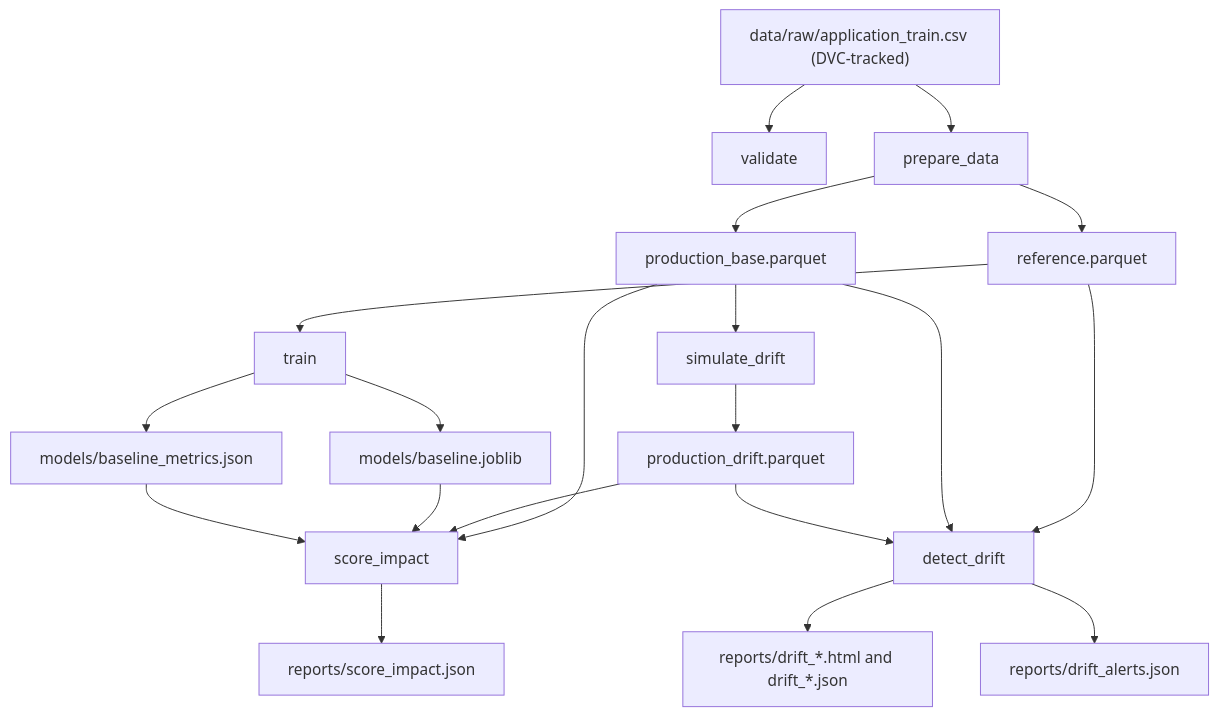
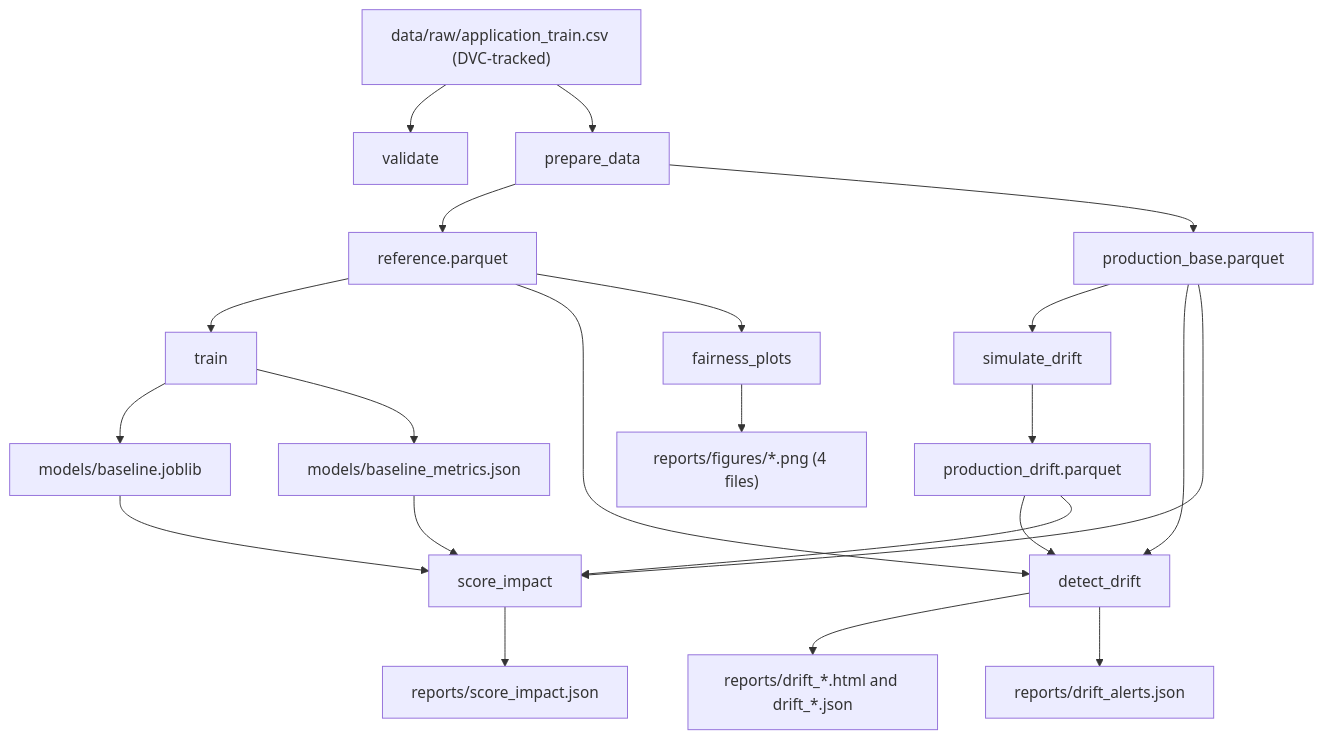
One commit to PosTech9MLET/tech-challenge-fase-4 changed the diagram in openwiki/workflows/ml_pipeline_and_tracking.md. Above: the diagram before and after it, drawn with Mermaid. The commit also changed other lines of this file and 17 other files, not shown here.

````diff
--- a/openwiki/workflows/ml_pipeline_and_tracking.md
+++ b/openwiki/workflows/ml_pipeline_and_tracking.md
@@ -57,38 +61,40 @@
 ```mermaid
 flowchart TD
     RAW["data/raw/application_train.csv (DVC-tracked)"]
     VAL["validate"]
     PREP["prepare_data"]
     REF["reference.parquet"]
     PROD["production_base.parquet"]
     TRAIN["train"]
     MODEL["models/baseline.joblib"]
     METRICS["models/baseline_metrics.json"]
     SIM["simulate_drift"]
     DRIFTED["production_drift.parquet"]
     DET["detect_drift"]
     REPORTS["reports/drift_*.html and drift_*.json"]
     ALERTS["reports/drift_alerts.json"]
     SCORE["score_impact"]
     IMPACT["reports/score_impact.json"]
 
     RAW --> VAL
     RAW --> PREP
     PREP --> REF
     PREP --> PROD
     REF --> TRAIN
     TRAIN --> MODEL
     TRAIN --> METRICS
     PROD --> SIM
     SIM --> DRIFTED
     REF --> DET
     PROD --> DET
     DRIFTED --> DET
     DET --> REPORTS
     DET --> ALERTS
     PROD --> SCORE
     DRIFTED --> SCORE
     MODEL --> SCORE
     METRICS --> SCORE
     SCORE --> IMPACT
+    REF --> FAIR["fairness_plots"]
+    FAIR --> FIGS["reports/figures/*.png (4 files)"]
 ```
````
